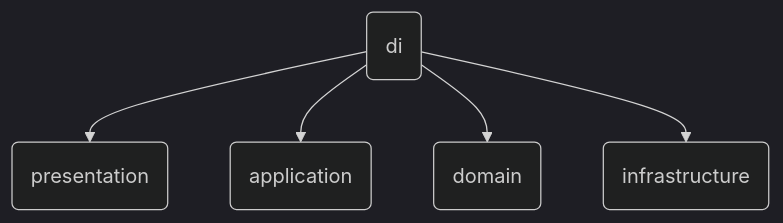
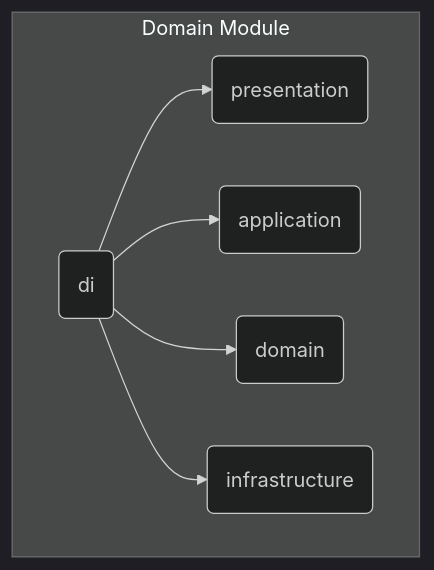
Before and after one commit to Turnin-Dev/turnin-server: the third of 3 diagrams in README.md, drawn with Mermaid (dark theme). The commit also changed other lines of this file, not shown here.

````diff
--- a/README.md
+++ b/README.md
@@ -79,7 +131,9 @@
 ```mermaid
 flowchart TD
-    di(di) --> p(presentation)
-    di --> a(application)
-    di --> do(domain)
-    di --> i(infrastructure)
+    subgraph Domain Module
+        di(di) --> p(presentation)
+        di --> a(application)
+        di --> do(domain)
+        di --> i(infrastructure)
+    end
 ```
````
